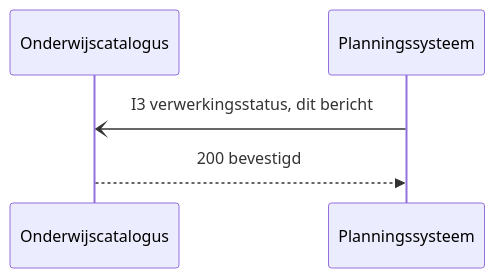
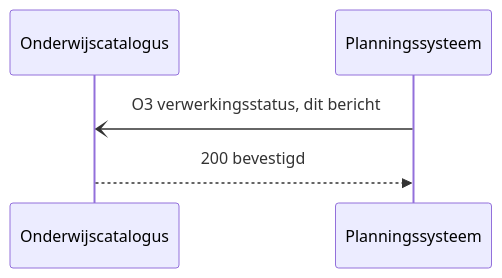
The fourth of 6 diagrams in architecture/docs/specificatie/interactie-onderwijsaanbod/is-oa-04.md (Npuls-OKx/meta), drawn with Mermaid before and after one commit. The commit also changed other lines of this file and 33 other files, not shown here.

````diff
--- a/architecture/docs/specificatie/interactie-onderwijsaanbod/is-oa-04.md
+++ b/architecture/docs/specificatie/interactie-onderwijsaanbod/is-oa-04.md
@@ -120,7 +327,7 @@
 ```mermaid
 sequenceDiagram
     participant OC as Onderwijscatalogus
     participant P as Planningssysteem
-    P-)OC: I3 verwerkingsstatus, dit bericht
+    P-)OC: O3 verwerkingsstatus, dit bericht
     OC-->>P: 200 bevestigd
 ```
````
